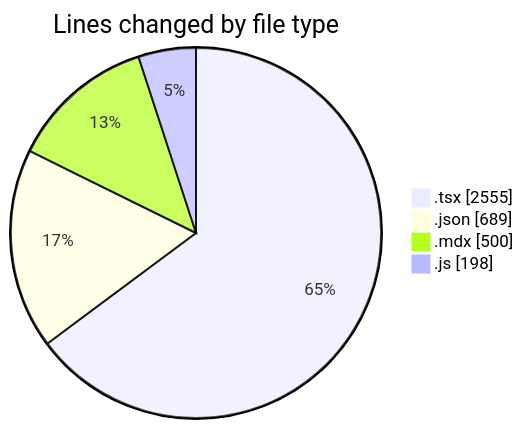
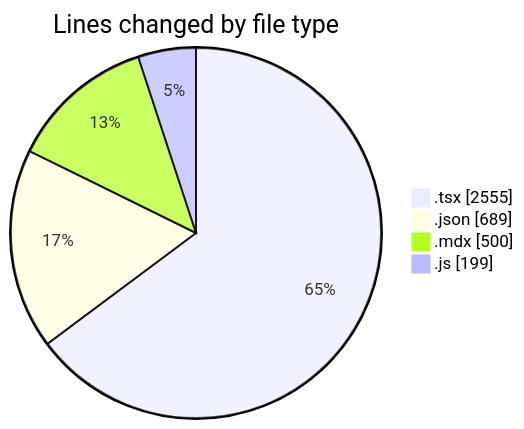
The first of 2 diagrams in 2026-01-12/cda/README.md (momahboobian/code-tracking), drawn with Mermaid before and after one commit. The commit also changed other lines of this file and 1 other file, not shown here.

````diff
--- a/2026-01-12/cda/README.md
+++ b/2026-01-12/cda/README.md
@@ -28,8 +28,8 @@
 ```mermaid
 pie showData
 title Lines changed by file type
 ".tsx" : 2555
 ".json" : 689
 ".mdx" : 500
-".js" : 198
+".js" : 199
 ```
````
